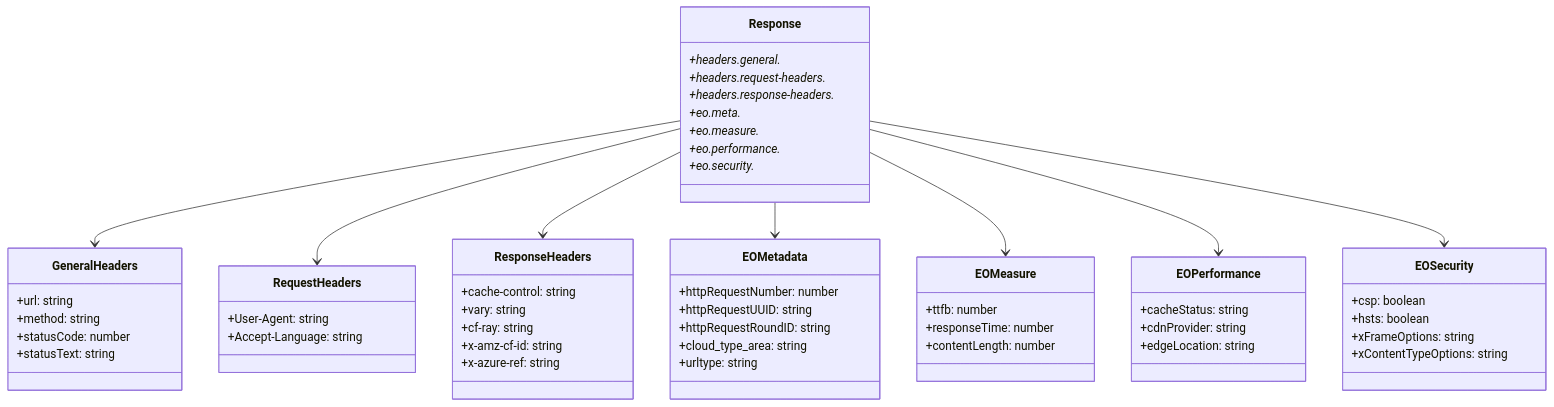
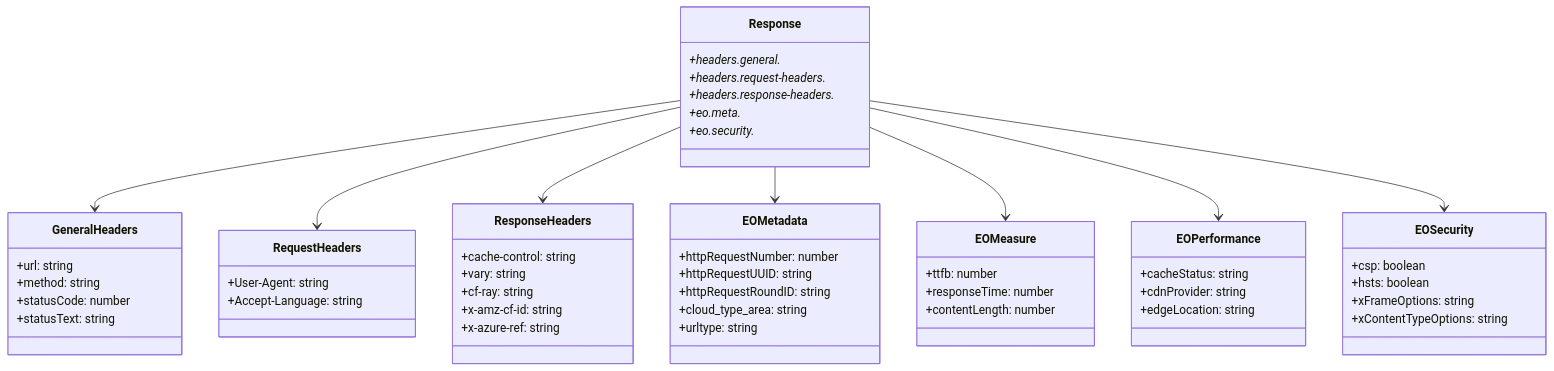
One commit to Masamasamasashito/EdgeOptimizer changed the sixth of 8 diagrams in EO_Architecture/ARCHITECTURE.md. Above: the diagram before and after it, drawn with Mermaid. The commit also changed 6 other files, not shown here.

Commit message:
:docs: ドキュメント7件更新 eo.measure/performance→eo.meta 名前空間統一・廃止キー削除

````diff
--- a/EO_Architecture/ARCHITECTURE.md
+++ b/EO_Architecture/ARCHITECTURE.md
@@ -274,67 +274,65 @@
 ```mermaid
 classDiagram
     class Response {
         +headers.general.*
         +headers.request-headers.*
         +headers.response-headers.*
         +eo.meta.*
-        +eo.measure.*
-        +eo.performance.*
         +eo.security.*
     }
 
     class GeneralHeaders {
         +url: string
         +method: string
         +statusCode: number
         +statusText: string
     }
 
     class RequestHeaders {
         +User-Agent: string
         +Accept-Language: string
     }
 
     class ResponseHeaders {
         +cache-control: string
         +vary: string
         +cf-ray: string
         +x-amz-cf-id: string
         +x-azure-ref: string
     }
 
     class EOMetadata {
         +httpRequestNumber: number
         +httpRequestUUID: string
         +httpRequestRoundID: string
         +cloud_type_area: string
         +urltype: string
     }
 
     class EOMeasure {
         +ttfb: number
         +responseTime: number
         +contentLength: number
     }
 
     class EOPerformance {
         +cacheStatus: string
         +cdnProvider: string
         +edgeLocation: string
     }
 
     class EOSecurity {
         +csp: boolean
         +hsts: boolean
         +xFrameOptions: string
         +xContentTypeOptions: string
     }
 
     Response --> GeneralHeaders
     Response --> RequestHeaders
     Response --> ResponseHeaders
     Response --> EOMetadata
     Response --> EOMeasure
     Response --> EOPerformance
     Response --> EOSecurity
 ```
````
